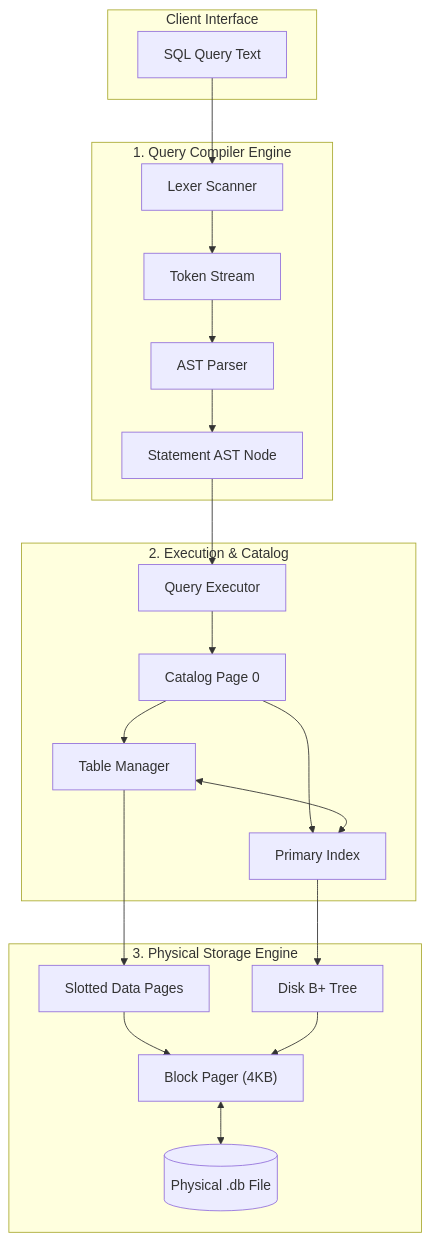
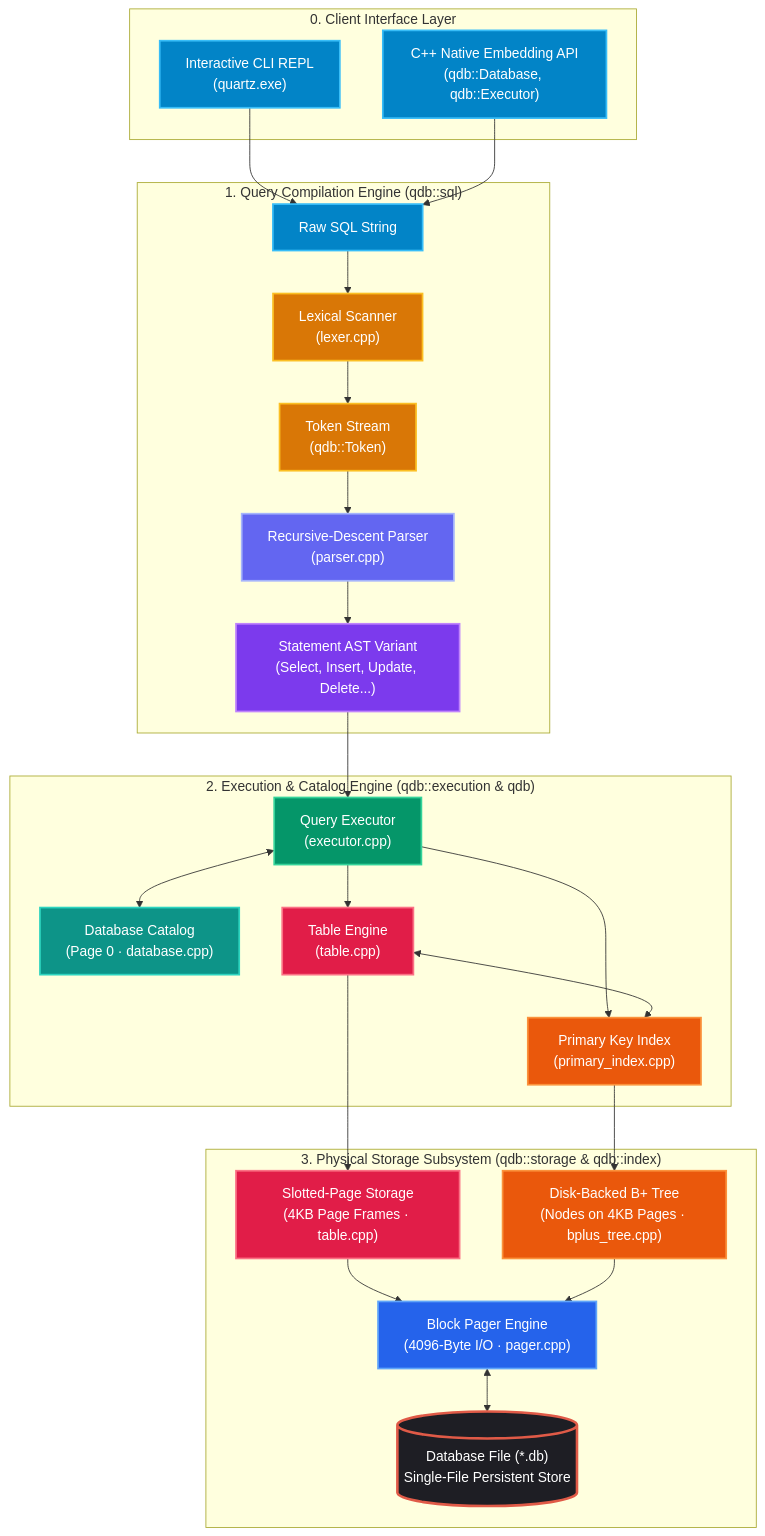
The first of 3 diagrams in docs/concepts/architecture.md (KAAZamapiloT/QUARTZ_DB), drawn with Mermaid before and after one commit. The commit also changed other lines of this file and 26 other files, not shown here.

Commit message:
feat: complete v0.1.0 embedded relational engine with SQL aggregates and libquartz C AP

````diff
--- a/docs/concepts/architecture.md
+++ b/docs/concepts/architecture.md
@@ -9,40 +11,61 @@
 ```mermaid
-graph TB
-    subgraph Client ["Client Interface"]
-        SQL["SQL Query Text"]
+flowchart TB
+    %% Class Definitions for High-Contrast Colorful Theme
+    classDef client fill:#0284c7,stroke:#38bdf8,stroke-width:2px,color:#ffffff;
+    classDef lexer fill:#d97706,stroke:#fbbf24,stroke-width:2px,color:#ffffff;
+    classDef parser fill:#6366f1,stroke:#a5b4fc,stroke-width:2px,color:#ffffff;
+    classDef ast fill:#7c3aed,stroke:#c084fc,stroke-width:2px,color:#ffffff;
+    classDef executor fill:#059669,stroke:#34d399,stroke-width:2px,color:#ffffff;
+    classDef catalog fill:#0d9488,stroke:#2dd4bf,stroke-width:2px,color:#ffffff;
+    classDef table fill:#e11d48,stroke:#fb7185,stroke-width:2px,color:#ffffff;
+    classDef index fill:#ea580c,stroke:#fb923c,stroke-width:2px,color:#ffffff;
+    classDef pager fill:#2563eb,stroke:#60a5fa,stroke-width:2px,color:#ffffff;
+    classDef disk fill:#1e1e24,stroke:#e05a47,stroke-width:3px,color:#ffffff;
+
+    subgraph Layer0 ["0. Client Interface Layer"]
+        CLI["Interactive CLI REPL<br>(quartz.exe)"]:::client
+        CPP["C++ Native Embedding API<br>(qdb::Database, qdb::Executor)"]:::client
     end
 
-    subgraph Compiler ["1. Query Compiler Engine"]
-        LEX["Lexer Scanner"] --> TOK["Token Stream"]
-        TOK --> PARSE["AST Parser"]
-        PARSE --> AST["Statement AST Node"]
+    subgraph Layer1 ["1. Query Compilation Engine (qdb::sql)"]
+        SQL["Raw SQL String"]:::client
+        LEX["Lexical Scanner<br>(lexer.cpp)"]:::lexer
+        TOK["Token Stream<br>(qdb::Token)"]:::lexer
+        PARSE["Recursive-Descent Parser<br>(parser.cpp)"]:::parser
+        AST["Statement AST Variant<br>(Select, Insert, Update, Delete...)"]:::ast
+
+        SQL --> LEX
+        LEX --> TOK
+        TOK --> PARSE
+        PARSE --> AST
     end
 
-    subgraph Runtime ["2. Execution & Catalog"]
-        EXEC["Query Executor"]
-        CATALOG["Catalog Page 0"]
-        TABLE["Table Manager"]
-        INDEX["Primary Index"]
+    subgraph Layer2 ["2. Execution & Catalog Engine (qdb::execution & qdb)"]
+        EXEC["Query Executor<br>(executor.cpp)"]:::executor
+        CATALOG["Database Catalog<br>(Page 0 · database.cpp)"]:::catalog
+        TABLE["Table Engine<br>(table.cpp)"]:::table
+        INDEX["Primary Key Index<br>(primary_index.cpp)"]:::index
 
         AST --> EXEC
-        EXEC --> CATALOG
-        CATALOG --> TABLE
-        CATALOG --> INDEX
+        EXEC <--> CATALOG
+        EXEC --> TABLE
+        EXEC --> INDEX
         TABLE <--> INDEX
     end
 
-    subgraph Physical ["3. Physical Storage Engine"]
-        SLOT["Slotted Data Pages"]
-        BPT["Disk B+ Tree"]
-        PAGER["Block Pager (4KB)"]
-        DISK[("Physical .db File")]
+    subgraph Layer3 ["3. Physical Storage Subsystem (qdb::storage & qdb::index)"]
+        SLOT["Slotted-Page Storage<br>(4KB Page Frames · table.cpp)"]:::table
+        BPT["Disk-Backed B+ Tree<br>(Nodes on 4KB Pages · bplus_tree.cpp)"]:::index
+        PAGER["Block Pager Engine<br>(4096-Byte I/O · pager.cpp)"]:::pager
+        DISK[("Database File (*.db)<br>Single-File Persistent Store")]:::disk
 
         TABLE --> SLOT
         INDEX --> BPT
         SLOT --> PAGER
         BPT --> PAGER
         PAGER <--> DISK
     end
 
-    SQL --> LEX
+    CLI --> SQL
+    CPP --> SQL
 ```
````
